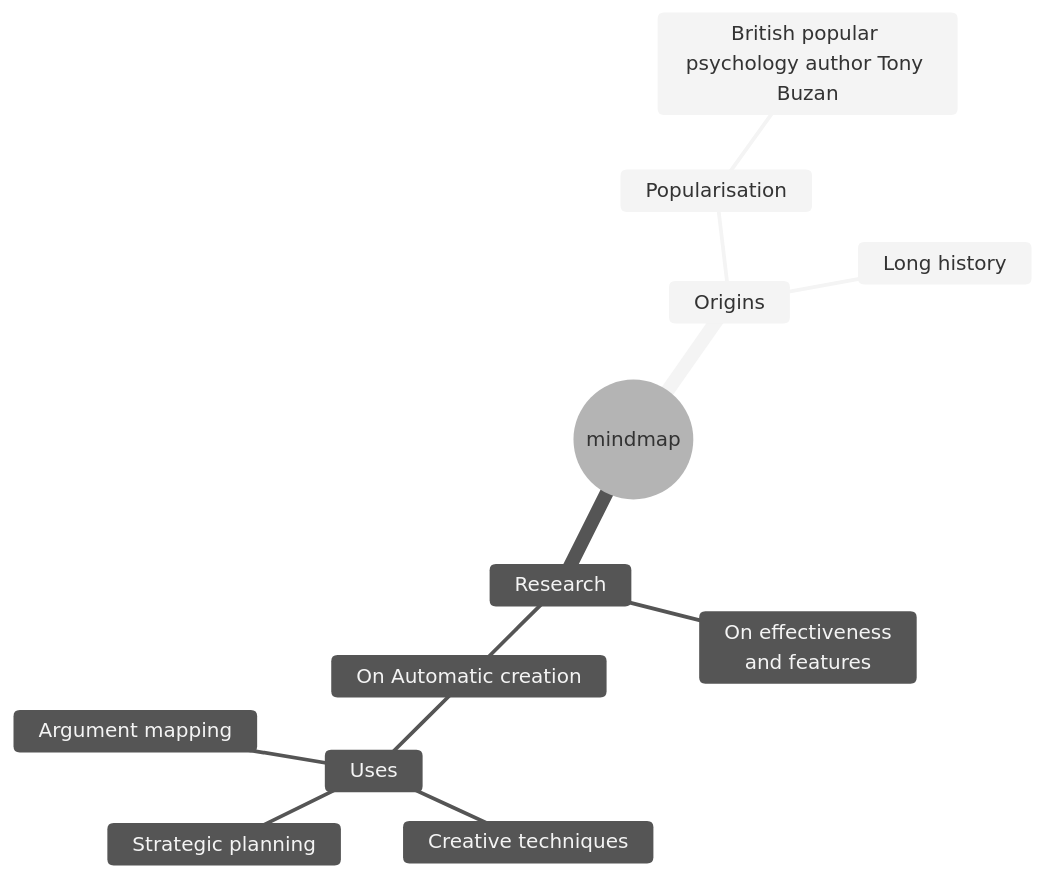
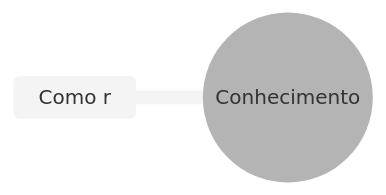
Before and after one commit to Igorino/joplin-notes: the diagram in Mestrado/Segundo Semestre/SIN5033 - Grafos de conhecimento e Ontologias/Aula 1/1 Conceitos basicos.md, drawn with Mermaid (neutral theme).

Commit message:
Exported on 2026-04-05_19-28-59

````diff
--- a/Mestrado/Segundo Semestre/SIN5033 - Grafos de conhecimento e Ontologias/Aula 1/1 Conceitos basicos.md
+++ b/Mestrado/Segundo Semestre/SIN5033 - Grafos de conhecimento e Ontologias/Aula 1/1 Conceitos basicos.md
@@ -10,21 +10,10 @@
 ```mermaid
 ---
 config:
   layout: tidy-tree
 ---
 mindmap
-root((mindmap))
-    Origins
-      Long history
-      ::icon(fa fa-book)
-      Popularisation
-        British popular psychology author Tony Buzan
-    Research
-      On effectiveness<br/>and features
-      On Automatic creation
-        Uses
-            Creative techniques
-            Strategic planning
-            Argument mapping
+root((Conhecimento))
+	Como r
 	
 ```
````
